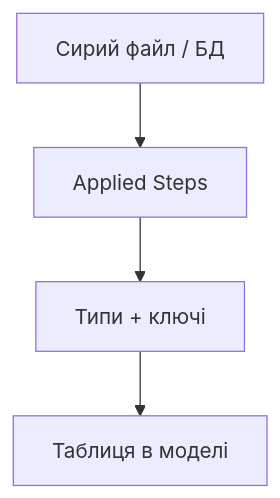
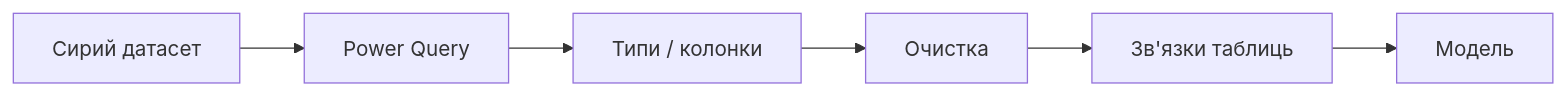
One commit to ValieriiaNovosad/genius-test changed the diagram in konspekty/modul-06/02-power-query.md. Above: the diagram before and after it, drawn with Mermaid. The commit also changed other lines of this file and 9 other files, not shown here.

````diff
--- a/konspekty/modul-06/02-power-query.md
+++ b/konspekty/modul-06/02-power-query.md
@@ -19,6 +12,8 @@
 ```mermaid
-flowchart TB
-  Raw[Сирий файл / БД] --> Steps[Applied Steps]
-  Steps --> Typed[Типи + ключі]
-  Typed --> Model[Таблиця в моделі]
+flowchart LR
+  Raw[Сирий датасет] --> PQ[Power Query]
+  PQ --> Types[Типи / колонки]
+  Types --> Clean[Очистка]
+  Clean --> Rel[Зв'язки таблиць]
+  Rel --> Model[Модель]
 ```
````
